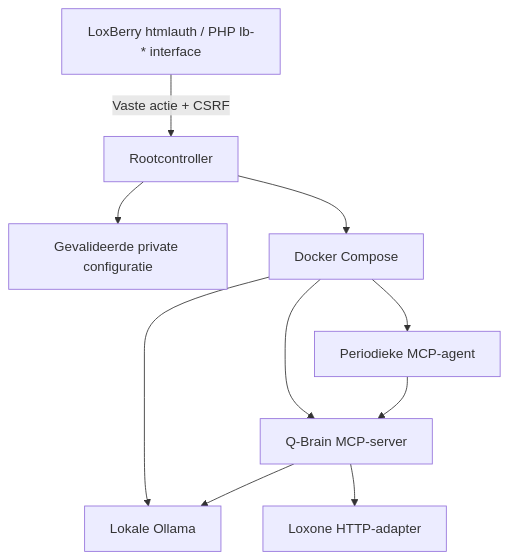
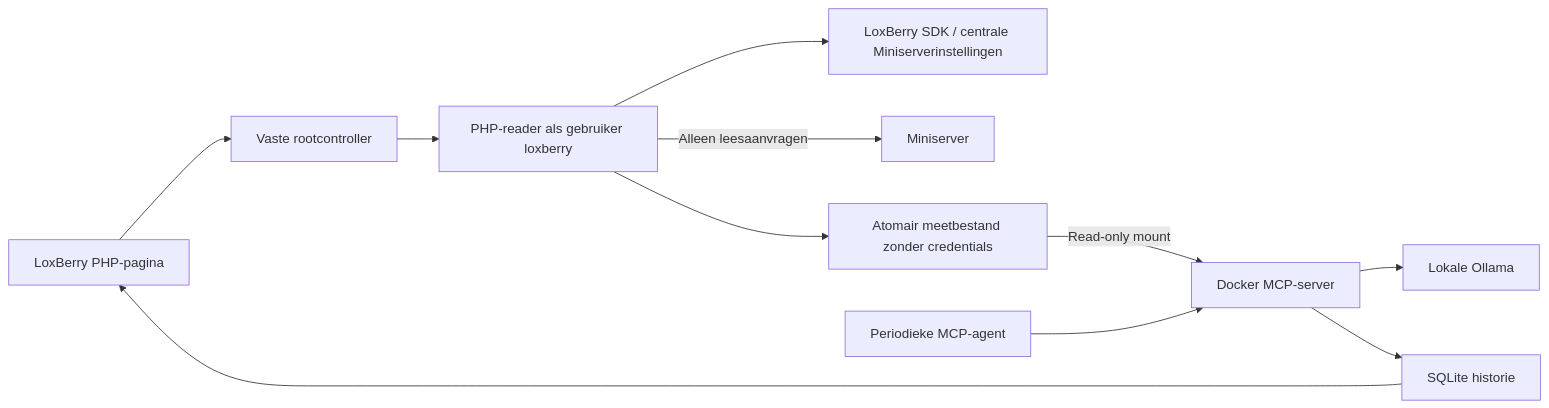
One commit to Q-Home/Q-Brain changed the diagram in docs/LOXBERRY.md. Above: the diagram before and after it, drawn with Mermaid. The commit also changed other lines of this file and 22 other files, not shown here.

Commit message:
Add LoxBerry SDK discovery and automatic local analysis in plugin 0.3.0

````diff
--- a/docs/LOXBERRY.md
+++ b/docs/LOXBERRY.md
@@ -91,12 +77,13 @@
 ```mermaid
-flowchart TD
-    UI[LoxBerry htmlauth / PHP lb-* interface] -->|Vaste actie + CSRF| C[Rootcontroller]
-    C --> P[Gevalideerde private configuratie]
-    C --> D[Docker Compose]
-    D --> M[Q-Brain MCP-server]
-    D --> A[Periodieke MCP-agent]
-    D --> O[Lokale Ollama]
-    A --> M
-    M --> O
-    M --> L[Loxone HTTP-adapter]
+flowchart LR
+  UI[LoxBerry PHP-pagina] --> C[Vaste rootcontroller]
+  C --> SDK[PHP-reader als gebruiker loxberry]
+  SDK --> LB[LoxBerry SDK / centrale Miniserverinstellingen]
+  SDK -->|Alleen leesaanvragen| MS[Miniserver]
+  SDK --> T[Atomair meetbestand zonder credentials]
+  T -->|Read-only mount| MCP[Docker MCP-server]
+  A[Periodieke MCP-agent] --> MCP
+  MCP --> O[Lokale Ollama]
+  MCP --> H[SQLite historie]
+  H --> UI
 ```
````
